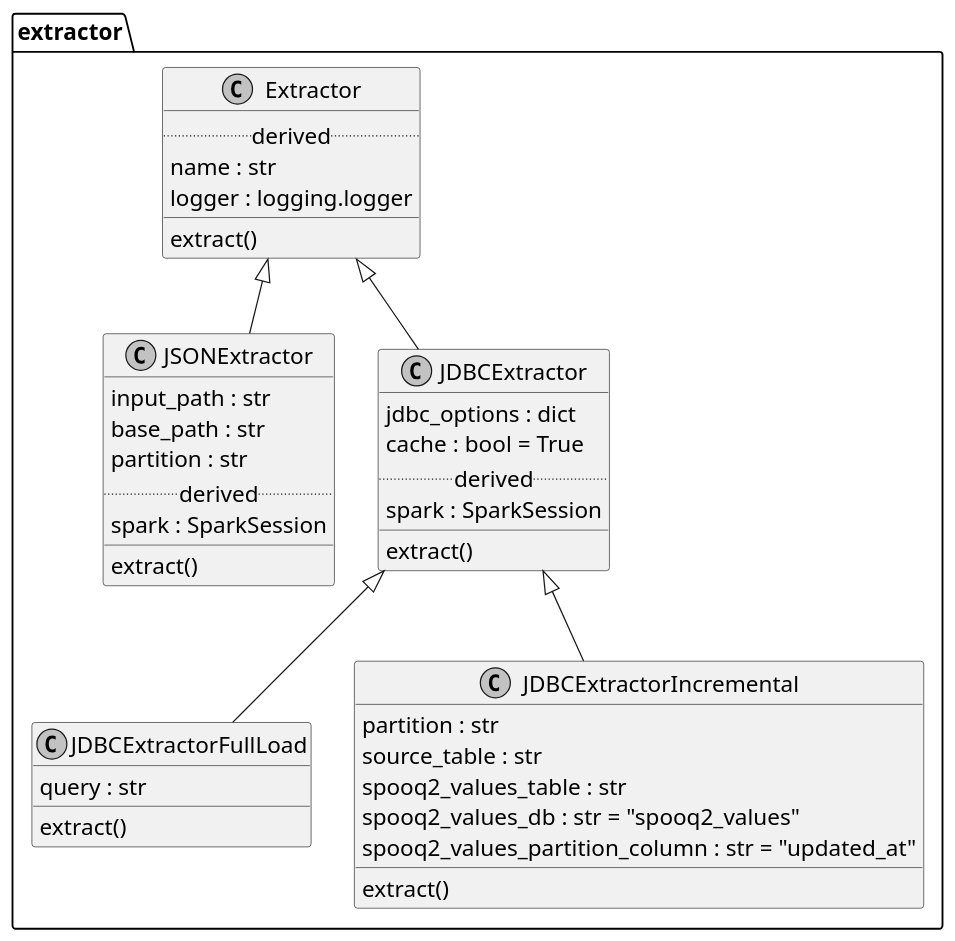
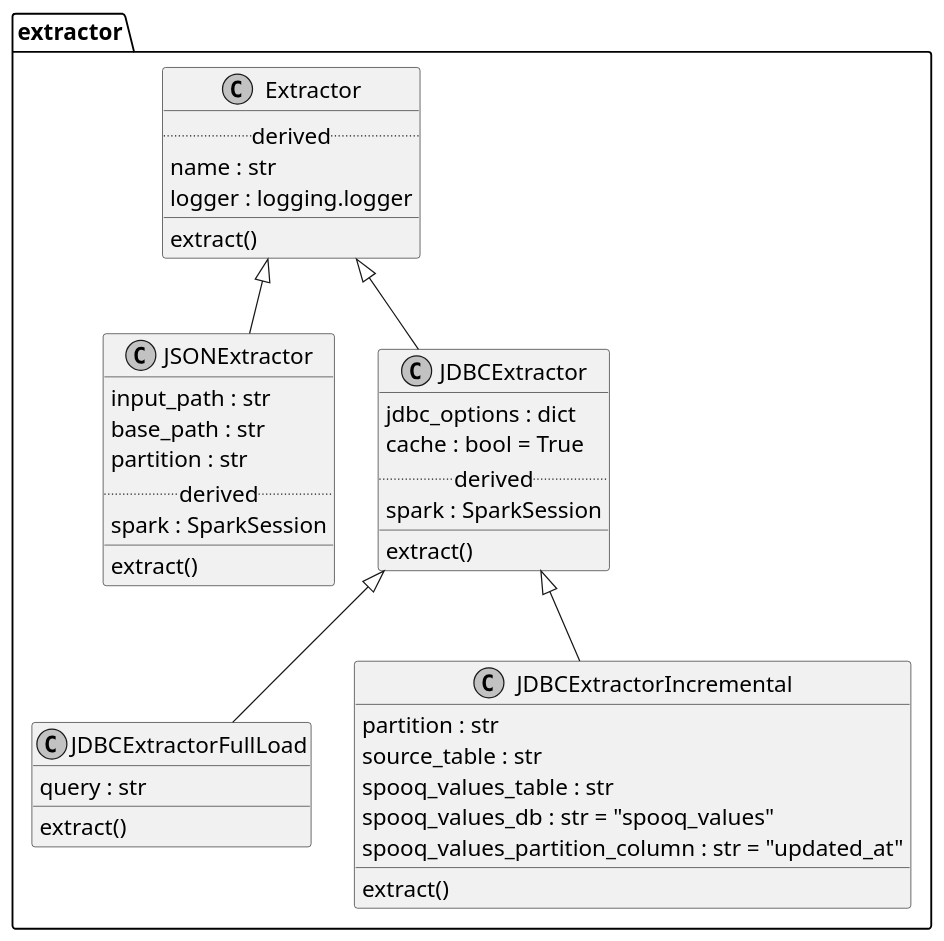
The diagram in docs/source/diagrams/from_thesis/class_diagram/extractors.puml (Breaka84/Spooq), drawn with PlantUML before and after one commit. The commit also changed 99 other files, not shown here.

```diff
--- a/docs/source/diagrams/from_thesis/class_diagram/extractors.puml
+++ b/docs/source/diagrams/from_thesis/class_diagram/extractors.puml
@@ -1,58 +1,58 @@
 @startuml
 
 skinparam monochrome true
 skinparam defaultFontname Bitstream Vera Sans Mono
 skinparam defaultFontSize 18
 
 ' left to right direction
 
 
-' namespace spooq2 {
+' namespace spooq {
   namespace extractor {
-      
+
       class Extractor {
         .. derived ..
         name : str
         logger : logging.logger
         __
         extract()
       }
       Extractor <|-- JSONExtractor
       class JSONExtractor{
         input_path : str
         base_path : str
         partition : str
         .. derived ..
         spark : SparkSession
         __
         extract()
       }
       Extractor <|-- JDBCExtractor
       class JDBCExtractor{
         jdbc_options : dict
         cache : bool = True
         .. derived ..
         spark : SparkSession
         __
         extract()
       }
       JDBCExtractor <|-- JDBCExtractorFullLoad
       class JDBCExtractorFullLoad {
         query : str
         __
         extract()
       }
       JDBCExtractor <|-- JDBCExtractorIncremental
       class JDBCExtractorIncremental {
-        partition : str 
-        source_table : str 
-        spooq2_values_table : str 
-        spooq2_values_db : str = "spooq2_values"
-        spooq2_values_partition_column : str = "updated_at"
+        partition : str
+        source_table : str
+        spooq_values_table : str
+        spooq_values_db : str = "spooq_values"
+        spooq_values_partition_column : str = "updated_at"
         __
         extract()
       }
 
   }
 ' }
  @enduml
```
